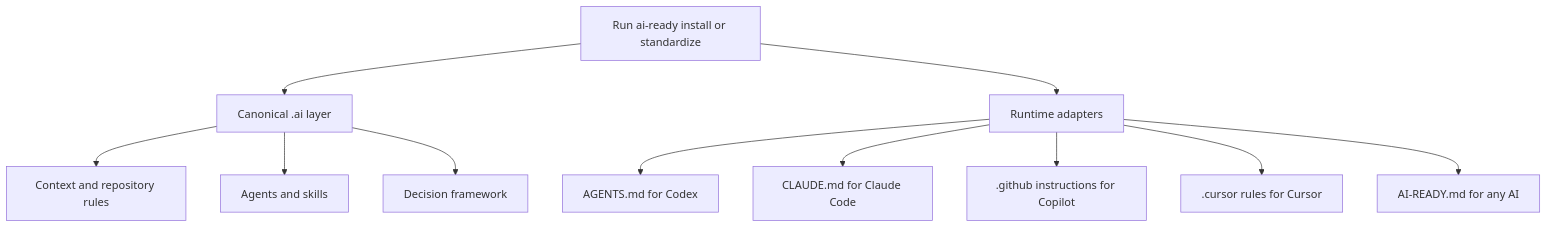
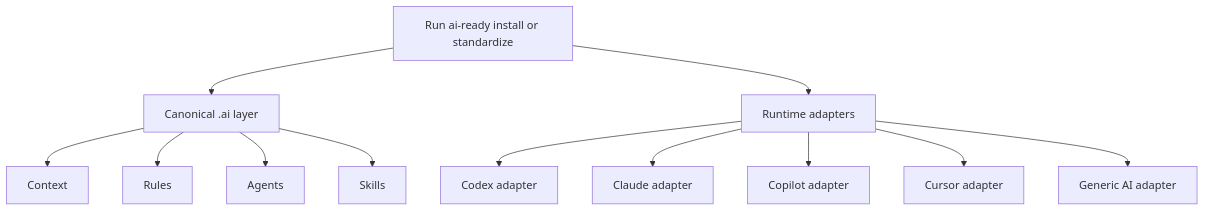
Before and after one commit to iMark21/agentlayer: the first of 2 diagrams in README.md, drawn with Mermaid. The commit also changed other lines of this file and 4 other files, not shown here.

````diff
--- a/README.md
+++ b/README.md
@@ -109,13 +179,14 @@
 ```mermaid
 flowchart TD
     A[Run ai-ready install or standardize] --> B[Canonical .ai layer]
-    B --> C[Context and repository rules]
-    B --> D[Agents and skills]
-    B --> E[Decision framework]
-    A --> F[Runtime adapters]
-    F --> G[AGENTS.md for Codex]
-    F --> H[CLAUDE.md for Claude Code]
-    F --> I[.github instructions for Copilot]
-    F --> J[.cursor rules for Cursor]
-    F --> K[AI-READY.md for any AI]
+    B --> C[Context]
+    B --> D[Rules]
+    B --> E[Agents]
+    B --> F[Skills]
+    A --> G[Runtime adapters]
+    G --> H[Codex adapter]
+    G --> I[Claude adapter]
+    G --> J[Copilot adapter]
+    G --> K[Cursor adapter]
+    G --> L[Generic AI adapter]
 ```
````
